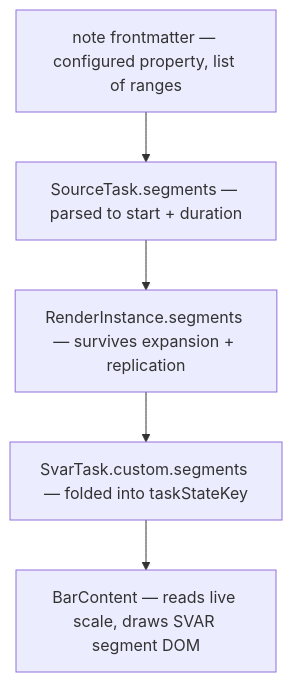
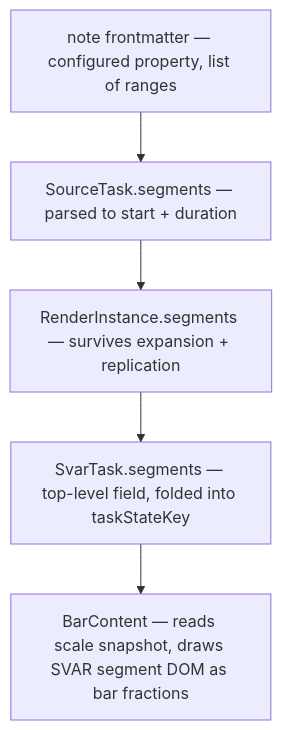
The third of 3 diagrams in docs/plans/2026-07-18-002-feat-split-task-segment-rendering-plan.md (renatomen/tasknotes-gantt), drawn with Mermaid before and after one commit. The commit also changed other lines of this file, not shown here.

````diff
--- a/docs/plans/2026-07-18-002-feat-split-task-segment-rendering-plan.md
+++ b/docs/plans/2026-07-18-002-feat-split-task-segment-rendering-plan.md
@@ -203,8 +195,8 @@
 ```mermaid
 flowchart TB
   FM["note frontmatter — configured property, list of ranges"]
   FM --> ST["SourceTask.segments — parsed to start + duration"]
   ST --> RI["RenderInstance.segments — survives expansion + replication"]
-  RI --> SV["SvarTask.custom.segments — folded into taskStateKey"]
-  SV --> BC["BarContent — reads live scale, draws SVAR segment DOM"]
+  RI --> SV["SvarTask.segments — top-level field, folded into taskStateKey"]
+  SV --> BC["BarContent — reads scale snapshot, draws SVAR segment DOM as bar fractions"]
 ```
````
